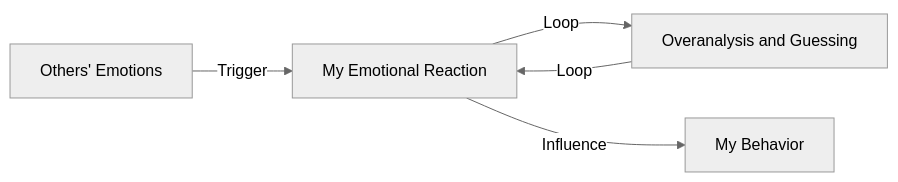
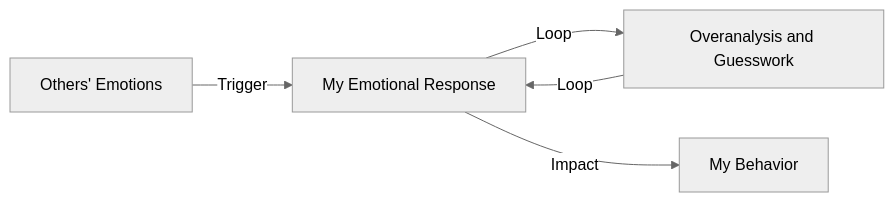
The diagram in src/content/posts/learning/2026-04-28-6BwN157O7kg.en.md (a920604a/engineernews), drawn with Mermaid (neutral theme) before and after one commit. The commit also changed other lines of this file and 49 other files, not shown here.

````diff
--- a/src/content/posts/learning/2026-04-28-6BwN157O7kg.en.md
+++ b/src/content/posts/learning/2026-04-28-6BwN157O7kg.en.md
@@ -44,7 +24,7 @@
 ```mermaid
 graph LR
-    A["Others' Emotions"] -->|" Trigger "| B[My Emotional Reaction]
-    B -->|" Loop "| C[Overanalysis and Guessing]
+    A[Others' Emotions] -->|" Trigger "| B[My Emotional Response]
+    B -->|" Loop "| C[Overanalysis and Guesswork]
     C -->|" Loop "| B
-    B -->|" Influence "| D[My Behavior]
+    B -->|" Impact "| D[My Behavior]
 ```
````
